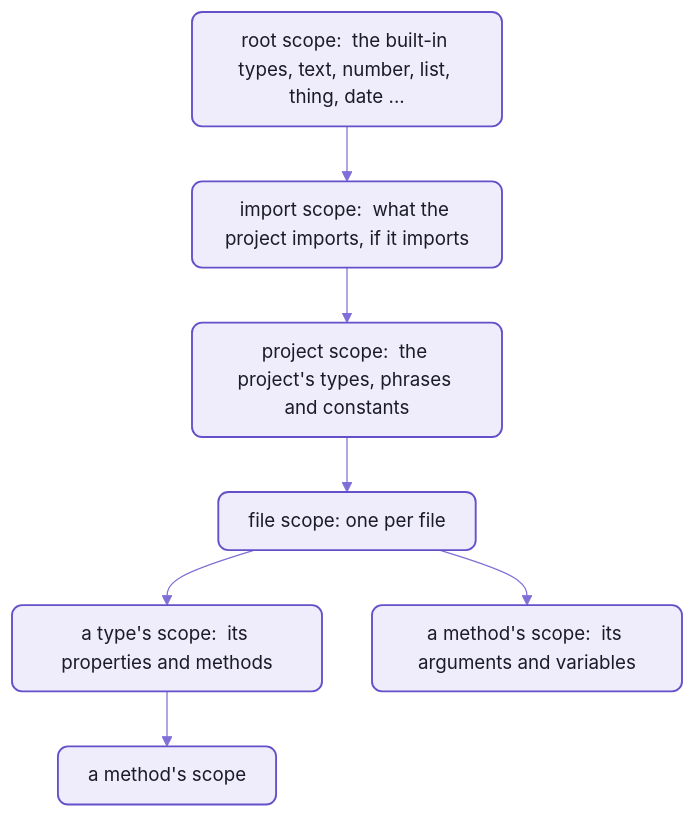
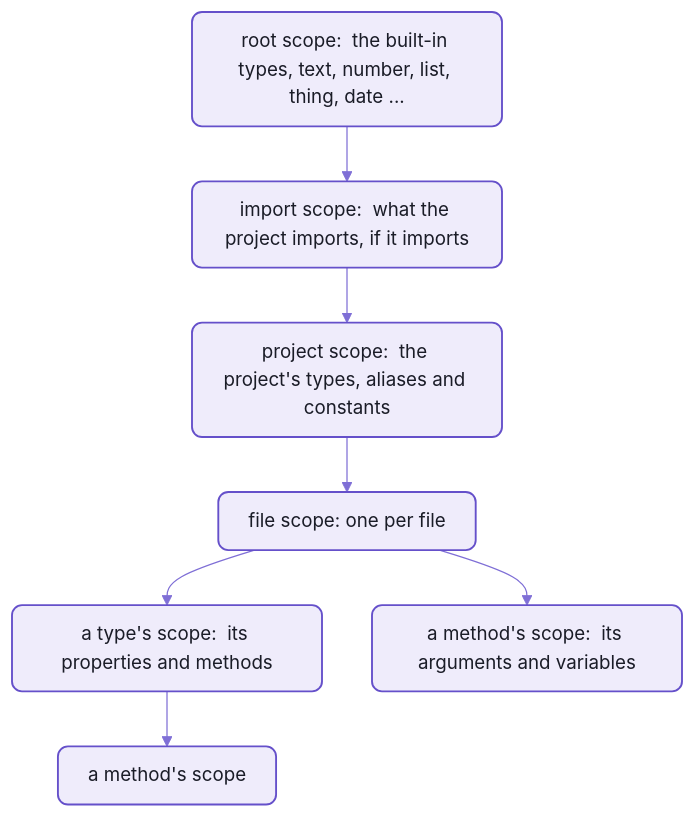
One commit to spell-app/spell changed the third of 3 diagrams in parser/README-parser.md. Above: the diagram before and after it, drawn with Mermaid. The commit also changed other lines of this file and 102 other files, not shown here.

````diff
--- a/parser/README-parser.md
+++ b/parser/README-parser.md
@@ -406,12 +406,12 @@
 ```mermaid
 %%{init: {"theme":"base","themeVariables":{"fontFamily":"-apple-system, BlinkMacSystemFont, Segoe UI, Helvetica, Arial, sans-serif","fontSize":"15px","primaryColor":"#EFECFB","primaryBorderColor":"#6550CA","primaryTextColor":"#1A1C27","secondaryColor":"#F4F1E9","tertiaryColor":"#F7F6FC","lineColor":"#7F6FD6","textColor":"#7F6FD6","clusterBkg":"#F7F6FC","clusterBorder":"#B9B0E8","titleColor":"#1A1C27","edgeLabelBackground":"#F7F6FC","actorBkg":"#EFECFB","actorBorder":"#6550CA","actorTextColor":"#1A1C27","actorLineColor":"#9C90DE","signalColor":"#7F6FD6","signalTextColor":"#7F6FD6","labelBoxBkgColor":"#EFECFB","labelBoxBorderColor":"#6550CA","labelTextColor":"#1A1C27","loopTextColor":"#7F6FD6","noteBkgColor":"#F1E7D4","noteBorderColor":"#C9B48A","noteTextColor":"#1A1C27","activationBkgColor":"#DCD6F7","activationBorderColor":"#6550CA","sequenceNumberColor":"#FFFFFF"},"flowchart":{"curve":"basis","padding":12,"nodeSpacing":40,"rankSpacing":44}}}%%
 flowchart TB
   root["root scope:  the built-in types, text, number, list, thing, date ..."] --> imports["import scope:  what the project imports, if it imports"]
-  imports --> project["project scope:  the project's types, phrases and constants"]
+  imports --> project["project scope:  the project's types, aliases and constants"]
   project --> file["file scope:  one per file"]
   file --> type["a type's scope:  its properties and methods"]
   file --> method["a method's scope:  its arguments and variables"]
   type --> method2["a method's scope"]
   %% the Spell look:  yarn mermaid:pretty
   classDef default fill:#EFECFB,stroke:#6550CA,stroke-width:1.5px,color:#1A1C27,rx:8px,ry:8px
 ```
````
